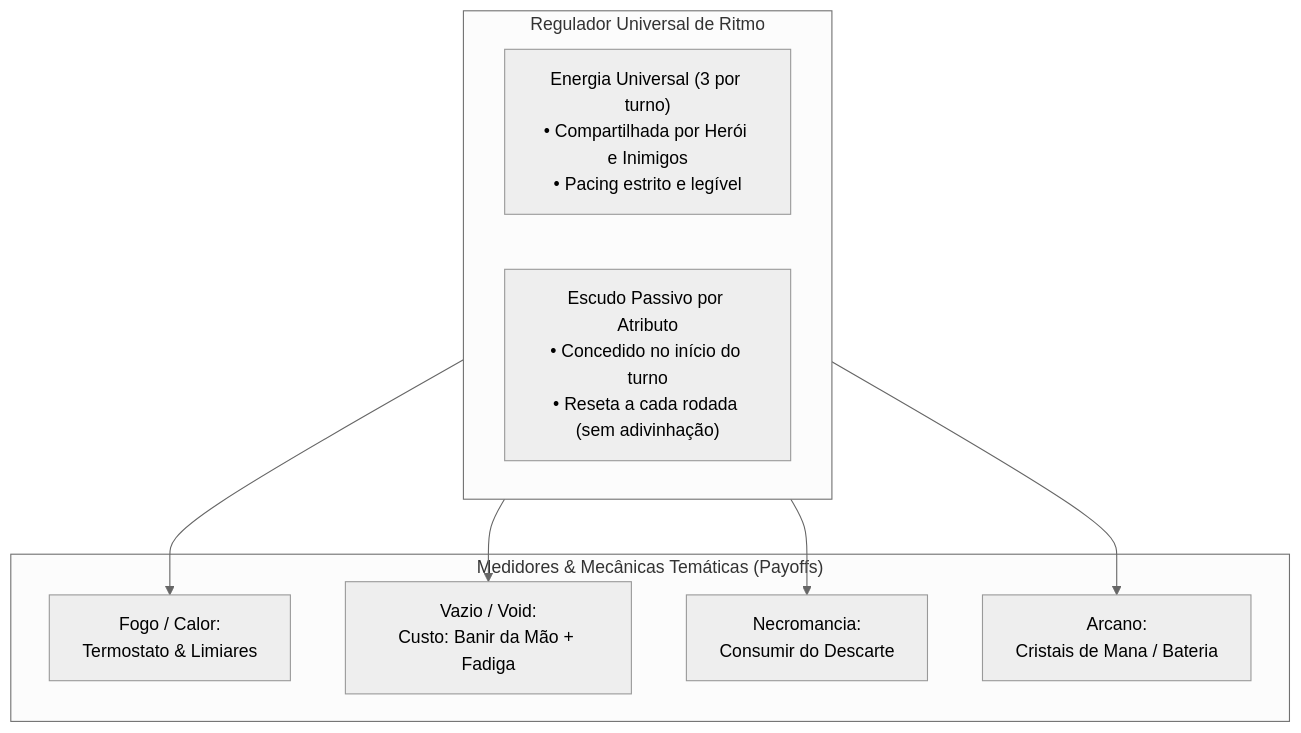
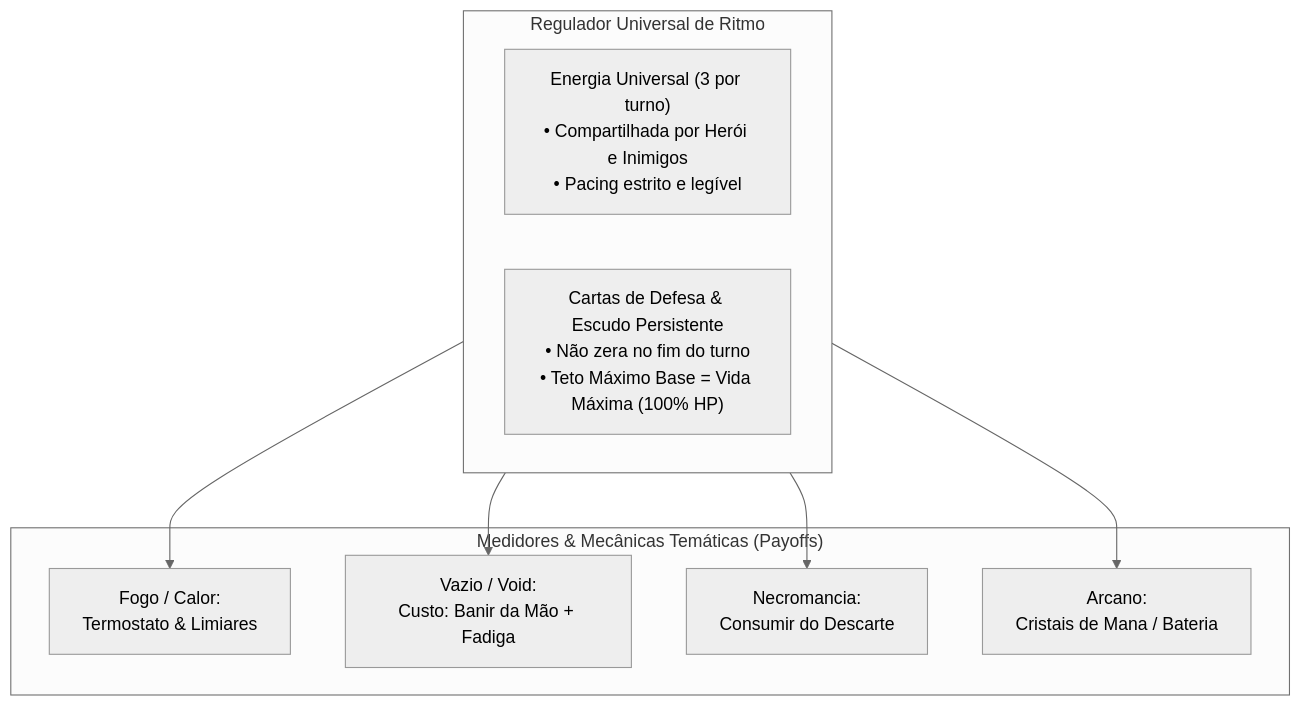
The first of 4 diagrams in docs/design/DIRECIONAMENTO_HEROSCRIPT.md (GuiMayer/HeroScript), drawn with Mermaid (neutral theme) before and after one commit. The commit also changed other lines of this file, not shown here.

Commit message:
docs(design): return to active defense cards with persistent shields capped at max hp and orthogonal tag architecture

````diff
--- a/docs/design/DIRECIONAMENTO_HEROSCRIPT.md
+++ b/docs/design/DIRECIONAMENTO_HEROSCRIPT.md
@@ -26,19 +26,19 @@
 ```mermaid
 flowchart TD
     subgraph Pacing["Regulador Universal de Ritmo"]
         Energia["Energia Universal (3 por turno)<br/>• Compartilhada por Herói e Inimigos<br/>• Pacing estrito e legível"]
-        EscudoPassivo["Escudo Passivo por Atributo<br/>• Concedido no início do turno<br/>• Reseta a cada rodada (sem adivinhação)"]
+        EscudoPersistente["Cartas de Defesa & Escudo Persistente<br/>• Não zera no fim do turno<br/>• Teto Máximo Base = Vida Máxima (100% HP)"]
     end
 
     subgraph Tempero["Medidores & Mecânicas Temáticas (Payoffs)"]
         Calor["Fogo / Calor:<br/>Termostato & Limiares"]
         Vazio["Vazio / Void:<br/>Custo: Banir da Mão + Fadiga"]
         Necro["Necromancia:<br/>Consumir do Descarte"]
         Arcano["Arcano:<br/>Cristais de Mana / Bateria"]
     end
 
     Pacing --> Calor
     Pacing --> Vazio
     Pacing --> Necro
     Pacing --> Arcano
 ```
````
